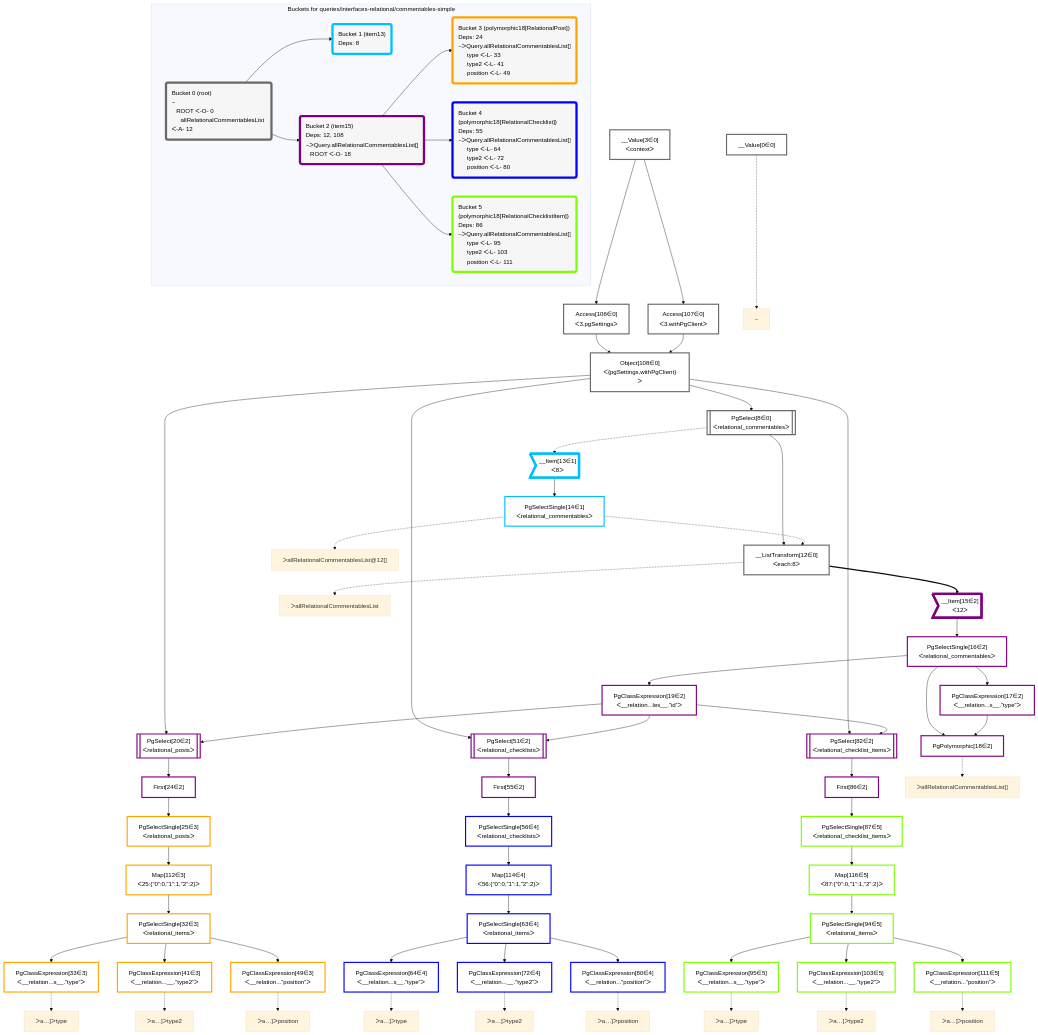
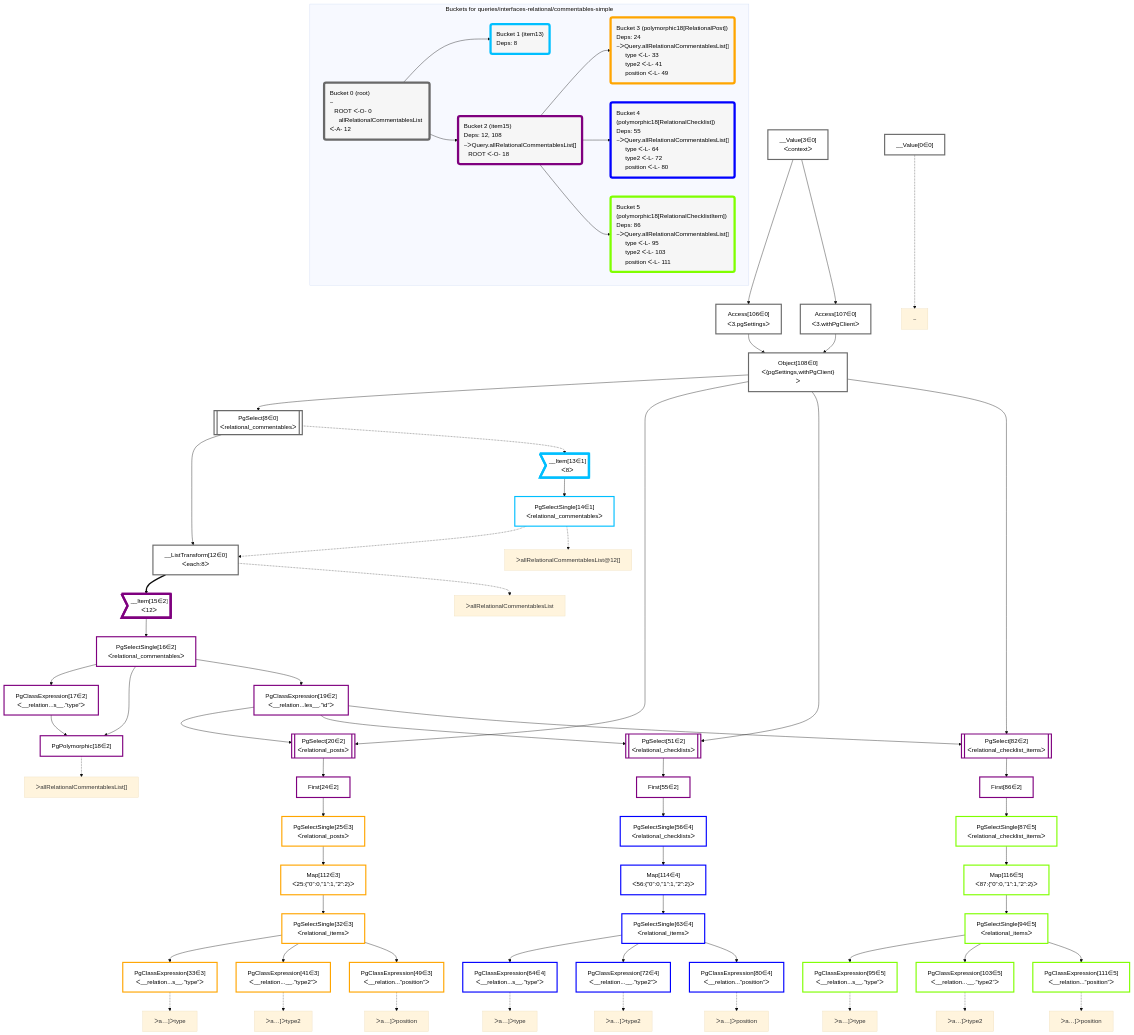
One commit to graphile/crystal changed the diagram in packages/dataplan-pg/__tests__/queries/interfaces-relational/commentables-simple.deopt.mermaid.md. Above: the diagram before and after it, drawn with Mermaid (base theme). The commit also changed other lines of this file and 195 other files, not shown here.

Commit message:
Reorder graphs

```diff
--- a/packages/dataplan-pg/__tests__/queries/interfaces-relational/commentables-simple.deopt.mermaid.md
+++ b/packages/dataplan-pg/__tests__/queries/interfaces-relational/commentables-simple.deopt.mermaid.md
@@ -9,82 +9,82 @@
 
     %% define plans
     __Value0["__Value[0∈0]"]:::plan
+    __Value3["__Value[3∈0]<br />ᐸcontextᐳ"]:::plan
+    Access106["Access[106∈0]<br />ᐸ3.pgSettingsᐳ"]:::plan
+    Access107["Access[107∈0]<br />ᐸ3.withPgClientᐳ"]:::plan
+    Object108["Object[108∈0]<br />ᐸ{pgSettings,withPgClient}ᐳ"]:::plan
+    PgSelect8[["PgSelect[8∈0]<br />ᐸrelational_commentablesᐳ"]]:::plan
+    __ListTransform12["__ListTransform[12∈0]<br />ᐸeach:8ᐳ"]:::plan
+    __Item13>"__Item[13∈1]<br />ᐸ8ᐳ"]:::itemplan
+    PgSelectSingle14["PgSelectSingle[14∈1]<br />ᐸrelational_commentablesᐳ"]:::plan
+    __Item15>"__Item[15∈2]<br />ᐸ12ᐳ"]:::itemplan
+    PgSelectSingle16["PgSelectSingle[16∈2]<br />ᐸrelational_commentablesᐳ"]:::plan
+    PgClassExpression17["PgClassExpression[17∈2]<br />ᐸ__relation...s__.”type”ᐳ"]:::plan
     PgPolymorphic18["PgPolymorphic[18∈2]"]:::plan
-    PgClassExpression17["PgClassExpression[17∈2]<br />ᐸ__relation...s__.”type”ᐳ"]:::plan
+    PgClassExpression19["PgClassExpression[19∈2]<br />ᐸ__relation...les__.”id”ᐳ"]:::plan
+    PgSelect20[["PgSelect[20∈2]<br />ᐸrelational_postsᐳ"]]:::plan
+    First24["First[24∈2]"]:::plan
+    PgSelectSingle25["PgSelectSingle[25∈3]<br />ᐸrelational_postsᐳ"]:::plan
+    Map112["Map[112∈3]<br />ᐸ25:{”0”:0,”1”:1,”2”:2}ᐳ"]:::plan
+    PgSelectSingle32["PgSelectSingle[32∈3]<br />ᐸrelational_itemsᐳ"]:::plan
     PgClassExpression33["PgClassExpression[33∈3]<br />ᐸ__relation...s__.”type”ᐳ"]:::plan
     PgClassExpression41["PgClassExpression[41∈3]<br />ᐸ__relation...__.”type2”ᐳ"]:::plan
     PgClassExpression49["PgClassExpression[49∈3]<br />ᐸ__relation...”position”ᐳ"]:::plan
-    PgSelectSingle32["PgSelectSingle[32∈3]<br />ᐸrelational_itemsᐳ"]:::plan
-    Map112["Map[112∈3]<br />ᐸ25:{”0”:0,”1”:1,”2”:2}ᐳ"]:::plan
-    PgSelectSingle25["PgSelectSingle[25∈3]<br />ᐸrelational_postsᐳ"]:::plan
-    First24["First[24∈2]"]:::plan
-    PgSelect20[["PgSelect[20∈2]<br />ᐸrelational_postsᐳ"]]:::plan
+    PgSelect51[["PgSelect[51∈2]<br />ᐸrelational_checklistsᐳ"]]:::plan
+    First55["First[55∈2]"]:::plan
+    PgSelectSingle56["PgSelectSingle[56∈4]<br />ᐸrelational_checklistsᐳ"]:::plan
+    Map114["Map[114∈4]<br />ᐸ56:{”0”:0,”1”:1,”2”:2}ᐳ"]:::plan
+    PgSelectSingle63["PgSelectSingle[63∈4]<br />ᐸrelational_itemsᐳ"]:::plan
     PgClassExpression64["PgClassExpression[64∈4]<br />ᐸ__relation...s__.”type”ᐳ"]:::plan
     PgClassExpression72["PgClassExpression[72∈4]<br />ᐸ__relation...__.”type2”ᐳ"]:::plan
     PgClassExpression80["PgClassExpression[80∈4]<br />ᐸ__relation...”position”ᐳ"]:::plan
-    PgSelectSingle63["PgSelectSingle[63∈4]<br />ᐸrelational_itemsᐳ"]:::plan
-    Map114["Map[114∈4]<br />ᐸ56:{”0”:0,”1”:1,”2”:2}ᐳ"]:::plan
-    PgSelectSingle56["PgSelectSingle[56∈4]<br />ᐸrelational_checklistsᐳ"]:::plan
-    First55["First[55∈2]"]:::plan
-    PgSelect51[["PgSelect[51∈2]<br />ᐸrelational_checklistsᐳ"]]:::plan
+    PgSelect82[["PgSelect[82∈2]<br />ᐸrelational_checklist_itemsᐳ"]]:::plan
+    First86["First[86∈2]"]:::plan
+    PgSelectSingle87["PgSelectSingle[87∈5]<br />ᐸrelational_checklist_itemsᐳ"]:::plan
+    Map116["Map[116∈5]<br />ᐸ87:{”0”:0,”1”:1,”2”:2}ᐳ"]:::plan
+    PgSelectSingle94["PgSelectSingle[94∈5]<br />ᐸrelational_itemsᐳ"]:::plan
     PgClassExpression95["PgClassExpression[95∈5]<br />ᐸ__relation...s__.”type”ᐳ"]:::plan
     PgClassExpression103["PgClassExpression[103∈5]<br />ᐸ__relation...__.”type2”ᐳ"]:::plan
     PgClassExpression111["PgClassExpression[111∈5]<br />ᐸ__relation...”position”ᐳ"]:::plan
-    PgSelectSingle94["PgSelectSingle[94∈5]<br />ᐸrelational_itemsᐳ"]:::plan
-    Map116["Map[116∈5]<br />ᐸ87:{”0”:0,”1”:1,”2”:2}ᐳ"]:::plan
-    PgSelectSingle87["PgSelectSingle[87∈5]<br />ᐸrelational_checklist_itemsᐳ"]:::plan
-    First86["First[86∈2]"]:::plan
-    PgSelect82[["PgSelect[82∈2]<br />ᐸrelational_checklist_itemsᐳ"]]:::plan
-    PgClassExpression19["PgClassExpression[19∈2]<br />ᐸ__relation...les__.”id”ᐳ"]:::plan
-    PgSelectSingle16["PgSelectSingle[16∈2]<br />ᐸrelational_commentablesᐳ"]:::plan
-    __Item15>"__Item[15∈2]<br />ᐸ12ᐳ"]:::itemplan
-    __ListTransform12["__ListTransform[12∈0]<br />ᐸeach:8ᐳ"]:::plan
-    PgSelectSingle14["PgSelectSingle[14∈1]<br />ᐸrelational_commentablesᐳ"]:::plan
-    __Item13>"__Item[13∈1]<br />ᐸ8ᐳ"]:::itemplan
-    PgSelect8[["PgSelect[8∈0]<br />ᐸrelational_commentablesᐳ"]]:::plan
-    Object108["Object[108∈0]<br />ᐸ{pgSettings,withPgClient}ᐳ"]:::plan
-    Access106["Access[106∈0]<br />ᐸ3.pgSettingsᐳ"]:::plan
-    Access107["Access[107∈0]<br />ᐸ3.withPgClientᐳ"]:::plan
-    __Value3["__Value[3∈0]<br />ᐸcontextᐳ"]:::plan
 
     %% plan dependencies
+    __Value3 --> Access106
+    __Value3 --> Access107
+    Access106 & Access107 --> Object108
+    Object108 --> PgSelect8
+    PgSelect8 --> __ListTransform12
+    PgSelectSingle14 -.-> __ListTransform12
+    PgSelect8 -.-> __Item13
+    __Item13 --> PgSelectSingle14
+    __ListTransform12 ==> __Item15
+    __Item15 --> PgSelectSingle16
+    PgSelectSingle16 --> PgClassExpression17
     PgSelectSingle16 & PgClassExpression17 --> PgPolymorphic18
-    PgSelectSingle16 --> PgClassExpression17
+    PgSelectSingle16 --> PgClassExpression19
+    Object108 & PgClassExpression19 --> PgSelect20
+    PgSelect20 --> First24
+    First24 --> PgSelectSingle25
+    PgSelectSingle25 --> Map112
+    Map112 --> PgSelectSingle32
     PgSelectSingle32 --> PgClassExpression33
     PgSelectSingle32 --> PgClassExpression41
     PgSelectSingle32 --> PgClassExpression49
-    Map112 --> PgSelectSingle32
-    PgSelectSingle25 --> Map112
-    First24 --> PgSelectSingle25
-    PgSelect20 --> First24
-    Object108 & PgClassExpression19 --> PgSelect20
+    Object108 & PgClassExpression19 --> PgSelect51
+    PgSelect51 --> First55
+    First55 --> PgSelectSingle56
+    PgSelectSingle56 --> Map114
+    Map114 --> PgSelectSingle63
     PgSelectSingle63 --> PgClassExpression64
     PgSelectSingle63 --> PgClassExpression72
     PgSelectSingle63 --> PgClassExpression80
-    Map114 --> PgSelectSingle63
-    PgSelectSingle56 --> Map114
-    First55 --> PgSelectSingle56
-    PgSelect51 --> First55
-    Object108 & PgClassExpression19 --> PgSelect51
+    Object108 & PgClassExpression19 --> PgSelect82
+    PgSelect82 --> First86
+    First86 --> PgSelectSingle87
+    PgSelectSingle87 --> Map116
+    Map116 --> PgSelectSingle94
     PgSelectSingle94 --> PgClassExpression95
     PgSelectSingle94 --> PgClassExpression103
     PgSelectSingle94 --> PgClassExpression111
-    Map116 --> PgSelectSingle94
-    PgSelectSingle87 --> Map116
-    First86 --> PgSelectSingle87
-    PgSelect82 --> First86
-    Object108 & PgClassExpression19 --> PgSelect82
-    PgSelectSingle16 --> PgClassExpression19
-    __Item15 --> PgSelectSingle16
-    __ListTransform12 ==> __Item15
-    PgSelect8 --> __ListTransform12
-    PgSelectSingle14 -.-> __ListTransform12
-    __Item13 --> PgSelectSingle14
-    PgSelect8 -.-> __Item13
-    Object108 --> PgSelect8
-    Access106 & Access107 --> Object108
-    __Value3 --> Access106
-    __Value3 --> Access107
 
     %% plan-to-path relationships
     P0["~"]
```
